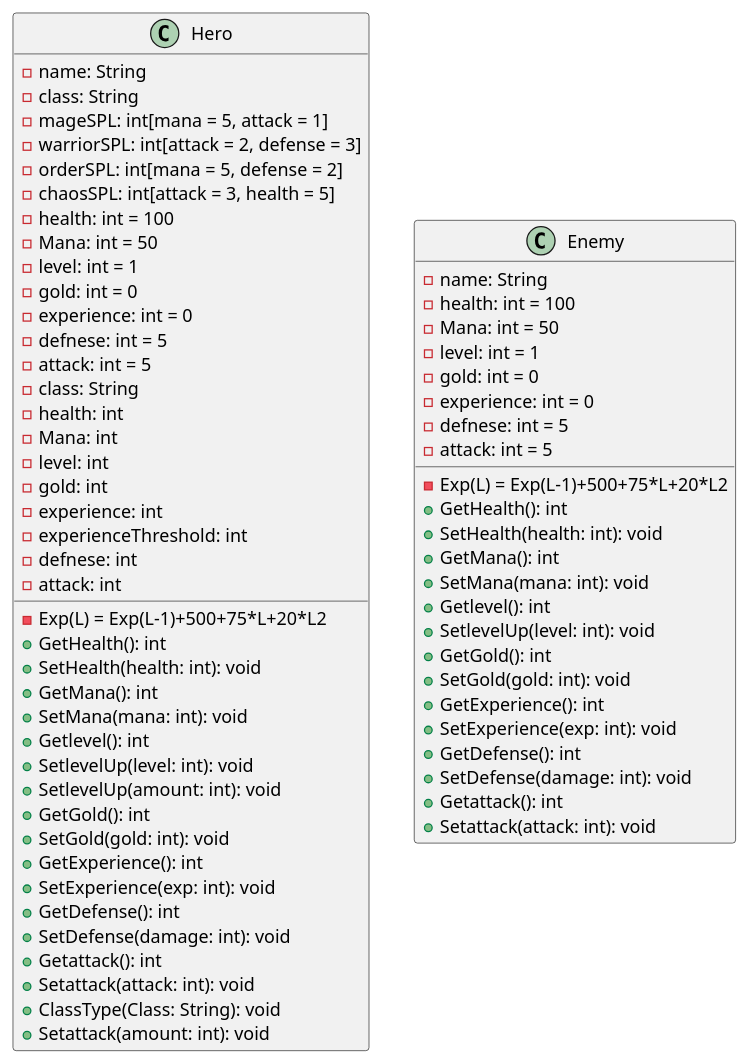
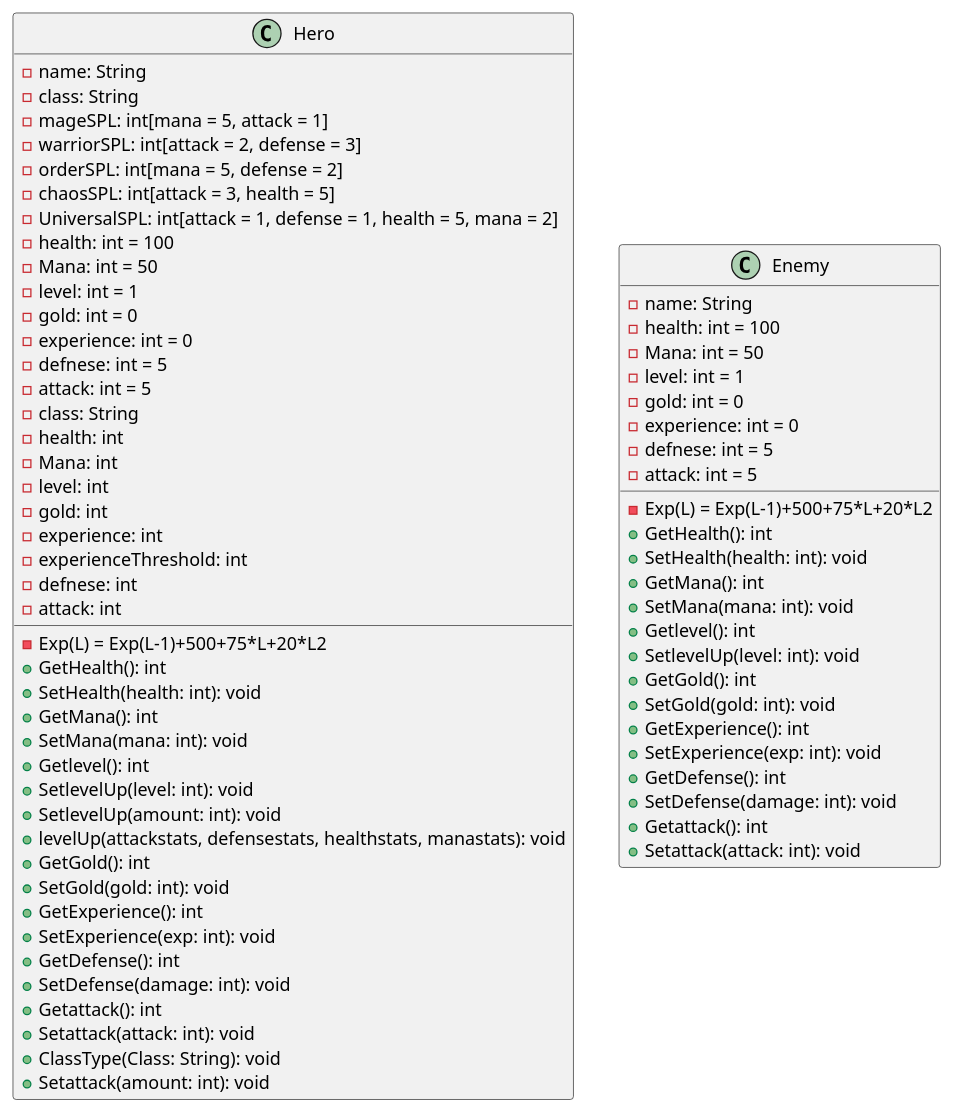
Before and after one commit to JosefG50/2203-Legends-of-Sword-and-Wand: the diagram in rpg-legends/docs/uml/HeroStats.plantuml, drawn with PlantUML.

Commit message:
docs(uml): add universal SPL and parameterized levelUp method

```diff
--- a/rpg-legends/docs/uml/HeroStats.plantuml
+++ b/rpg-legends/docs/uml/HeroStats.plantuml
@@ -1,93 +1,94 @@
 @startuml
 'add abstract class enetity' 
 class Hero {
     - name: String
     - class: String   
     - mageSPL: int[mana = 5, attack = 1]
     - warriorSPL: int[attack = 2, defense = 3]
     - orderSPL: int[mana = 5, defense = 2]
     - chaosSPL: int[attack = 3, health = 5]
+    'Uniervsal Stats per level gives points before the class bonus is applied per level up'
+    - UniversalSPL: int[attack = 1, defense = 1, health = 5, mana = 2]
     - health: int = 100
     - Mana: int = 50
     - level: int = 1
     - gold: int = 0
     - experience: int = 0
     - defnese: int = 5
     - attack: int = 5
     - Exp(L) = Exp(L-1)+500+75*L+20*L2
     - class: String
     'Add class Abstract class with all classes'
     - health: int
     - Mana: int
     - level: int
     'add -levels for each class'
     - gold: int
     - experience: int
     'add to check if enough experience to level up'
     - experienceThreshold: int
     - defnese: int
     - attack: int
     '-spells: List[Spells]'
     + GetHealth(): int
     + SetHealth(health: int): void
     + GetMana(): int
     + SetMana(mana: int): void
     + Getlevel(): int
     + SetlevelUp(level: int): void
     + SetlevelUp(amount: int): void 
     'Change to levelUp():void' that increases level by 1'
+    + levelUp(attackstats, defensestats, healthstats, manastats): void
     + GetGold(): int
     + SetGold(gold: int): void 
     + GetExperience(): int
     + SetExperience(exp: int): void
     + GetDefense(): int
     + SetDefense(damage: int): void
     + Getattack(): int
     + Setattack(attack: int): void
     + ClassType(Class: String): void
-    
-    
     + Setattack(amount: int): void
 }
 
 
 class Enemy {
     - name: String
     - health: int = 100
     - Mana: int = 50
     - level: int = 1
     - gold: int = 0
     - experience: int = 0
     - defnese: int = 5
     - attack: int = 5
     - Exp(L) = Exp(L-1)+500+75*L+20*L2
     + GetHealth(): int
     + SetHealth(health: int): void
     + GetMana(): int
     + SetMana(mana: int): void
     + Getlevel(): int
     + SetlevelUp(level: int): void
     + GetGold(): int
     + SetGold(gold: int): void 
     + GetExperience(): int
     + SetExperience(exp: int): void
     + GetDefense(): int
     + SetDefense(damage: int): void
     + Getattack(): int
     + Setattack(attack: int): void
 }
 
 
 'Order' <|-- Hero : +5 Mana
 'Order' <|-- Hero : +2 Defense
 'Order' <|-- Hero : Heals/Shields
 'Chaos' <|-- Hero : +3 Attack
 'Chaos' <|-- Hero : +5 HP
 'Chaos' <|-- Hero : Fireball/Lightning
 'Warrior' <|-- Hero : +2 Attack
 'Warrior' <|-- Hero : +3 Defense
 'Warrior' <|-- Hero : Cleave/PHYSICAL
 'Mage' <|-- Hero : +5 Mana
 'Mage' <|-- Hero : +1 Attack
 'Mage' <|-- Hero : Mana Replenish
 @enduml
```
